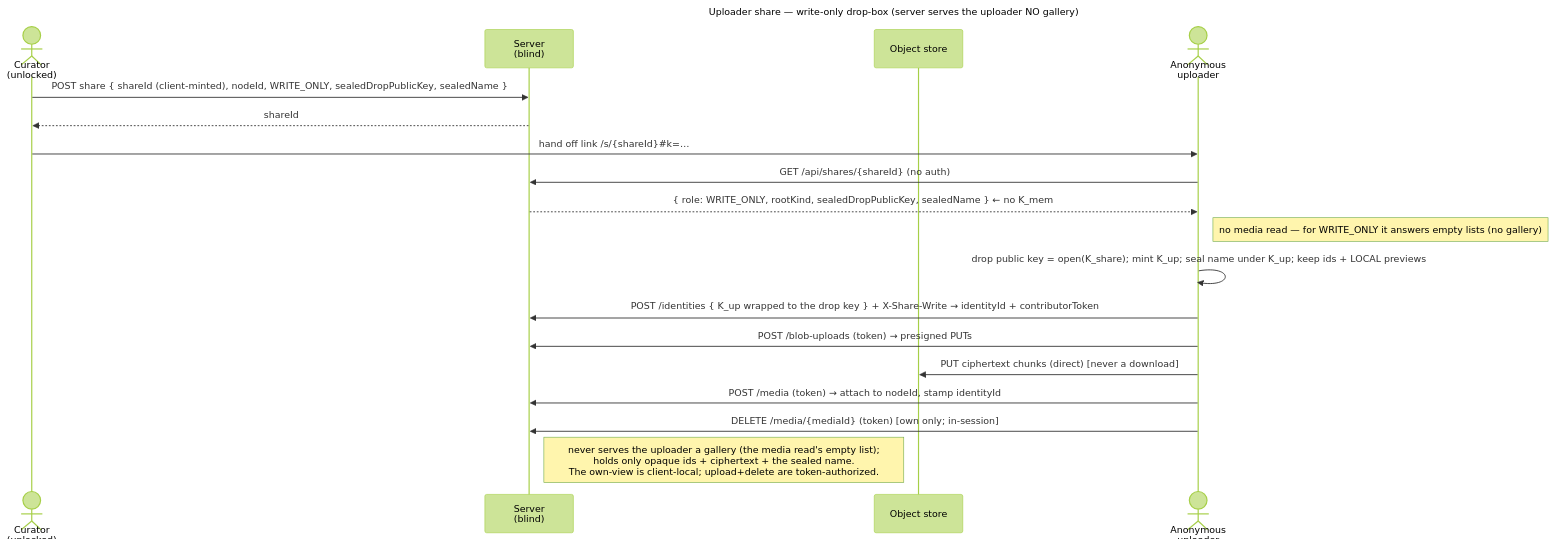
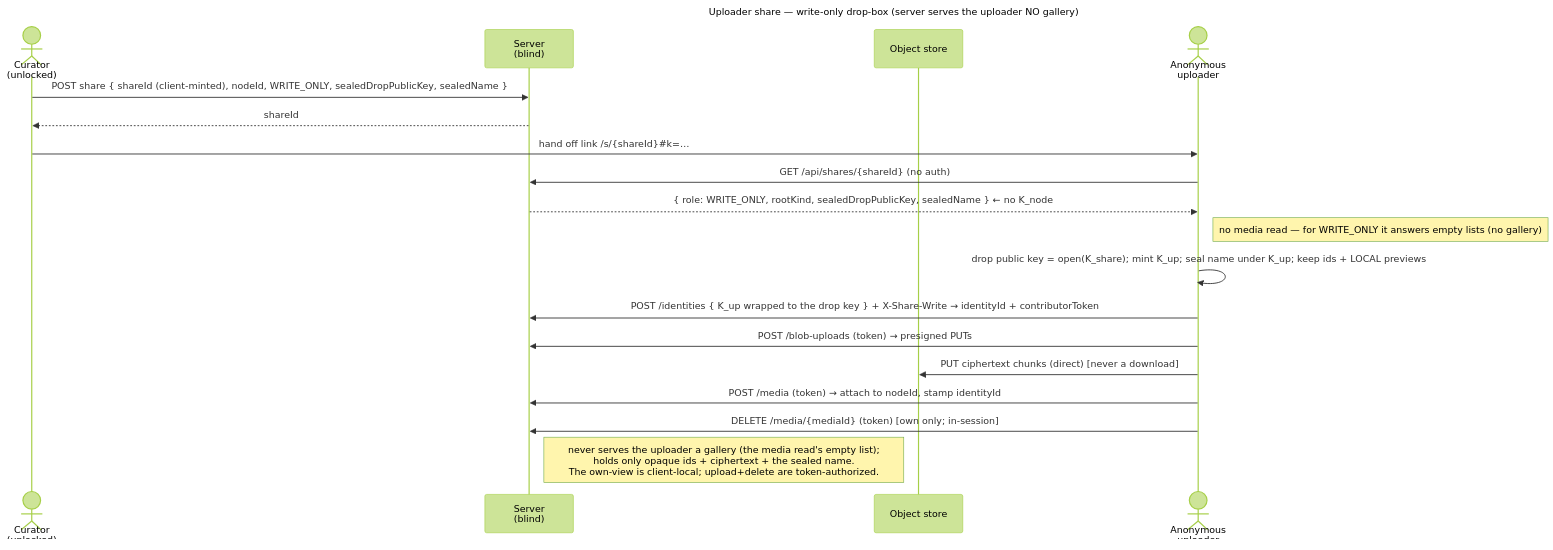
Before and after one commit to raddatzk/veyq: the diagram in docs/features/sharing/use-cases/uc.sharing.share-uploader.md, drawn with Mermaid (forest theme). The commit also changed other lines of this file and 61 other files, not shown here.

Commit message:
docs: the node content key is K_node in ADRs, use-cases, enablers and coverage (cr-k-mem-becomes-k-node phase 2)

````diff
--- a/docs/features/sharing/use-cases/uc.sharing.share-uploader.md
+++ b/docs/features/sharing/use-cases/uc.sharing.share-uploader.md
@@ -55,23 +55,23 @@
 ```mermaid
 ---
 title: Uploader share — write-only drop-box (server serves the uploader NO gallery)
 ---
 sequenceDiagram
   actor C as Curator<br>(unlocked)
   participant S as Server<br>(blind)
   participant O as Object store
   actor V as Anonymous<br>uploader
   C->>S: POST share { shareId (client-minted), nodeId, WRITE_ONLY, sealedDropPublicKey, sealedName }
   S-->>C: shareId
   C->>V: hand off link /s/{shareId}#35;k=…
   V->>S: GET /api/shares/{shareId}   (no auth)
-  S-->>V: { role: WRITE_ONLY, rootKind, sealedDropPublicKey, sealedName }   ← no K_mem
+  S-->>V: { role: WRITE_ONLY, rootKind, sealedDropPublicKey, sealedName }   ← no K_node
   Note right of V: no media read — for WRITE_ONLY it answers empty lists (no gallery)
   V->>V: drop public key = open(K_share)#59; mint K_up#59; seal name under K_up#59; keep ids + LOCAL previews
   V->>S: POST /identities { K_up wrapped to the drop key } + X-Share-Write → identityId + contributorToken
   V->>S: POST /blob-uploads (token) → presigned PUTs
   V->>O: PUT ciphertext chunks (direct)   [never a download]
   V->>S: POST /media (token) → attach to nodeId, stamp identityId
   V->>S: DELETE /media/{mediaId} (token)   [own only#59; in-session]
   Note right of S: never serves the uploader a gallery (the media read's empty list)#59;<br>holds only opaque ids + ciphertext + the sealed name.<br>The own-view is client-local#59; upload+delete are token-authorized.
 ```
````
